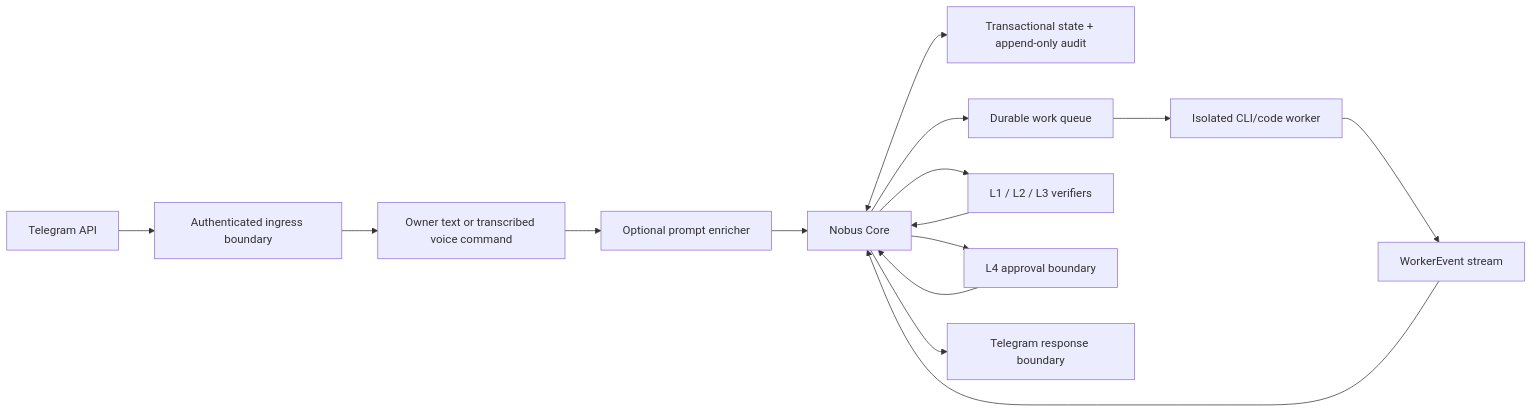
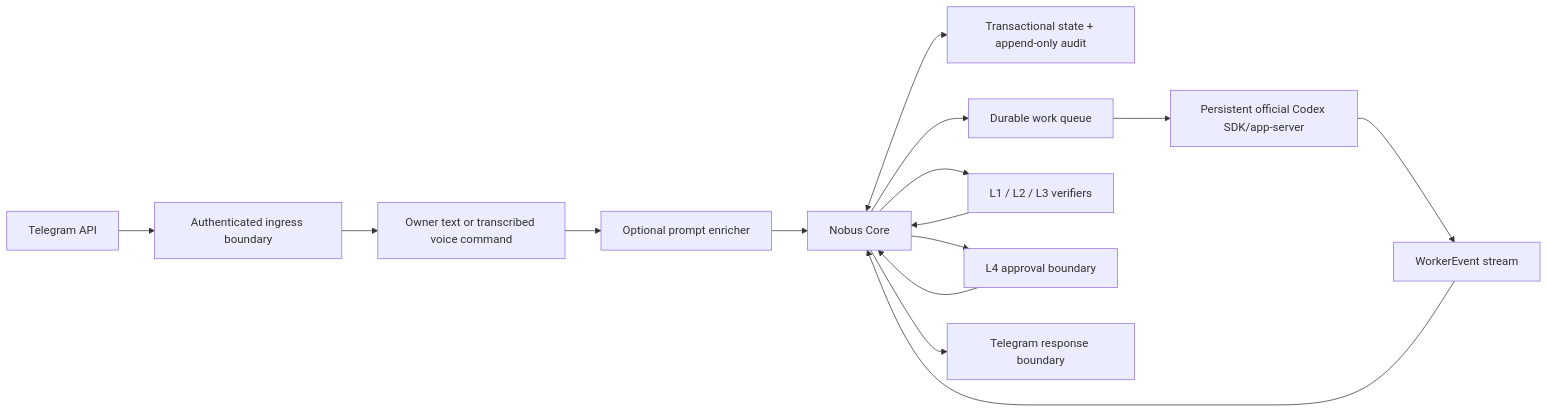
Before and after one commit to streetenergy63reshik-del/nobus-space: the diagram in docs/03-Архитектурный-обзор.md, drawn with Mermaid. The commit also changed other lines of this file and 7 other files, not shown here.

````diff
--- a/docs/03-Архитектурный-обзор.md
+++ b/docs/03-Архитектурный-обзор.md
@@ -59,17 +59,17 @@
 ```mermaid
 flowchart LR
     TG["Telegram API"] --> IN["Authenticated ingress boundary"]
     IN --> PRE["Owner text or transcribed voice command"]
     PRE --> ENR["Optional prompt enricher"]
     ENR --> CORE["Nobus Core"]
     CORE <--> DB["Transactional state + append-only audit"]
     CORE --> Q["Durable work queue"]
-    Q --> W["Isolated CLI/code worker"]
+    Q --> W["Persistent official Codex SDK/app-server"]
     W --> EV["WorkerEvent stream"]
     EV --> CORE
     CORE --> V["L1 / L2 / L3 verifiers"]
     V --> CORE
     CORE --> AP["L4 approval boundary"]
     AP --> CORE
     CORE --> OUT["Telegram response boundary"]
 ```
````
